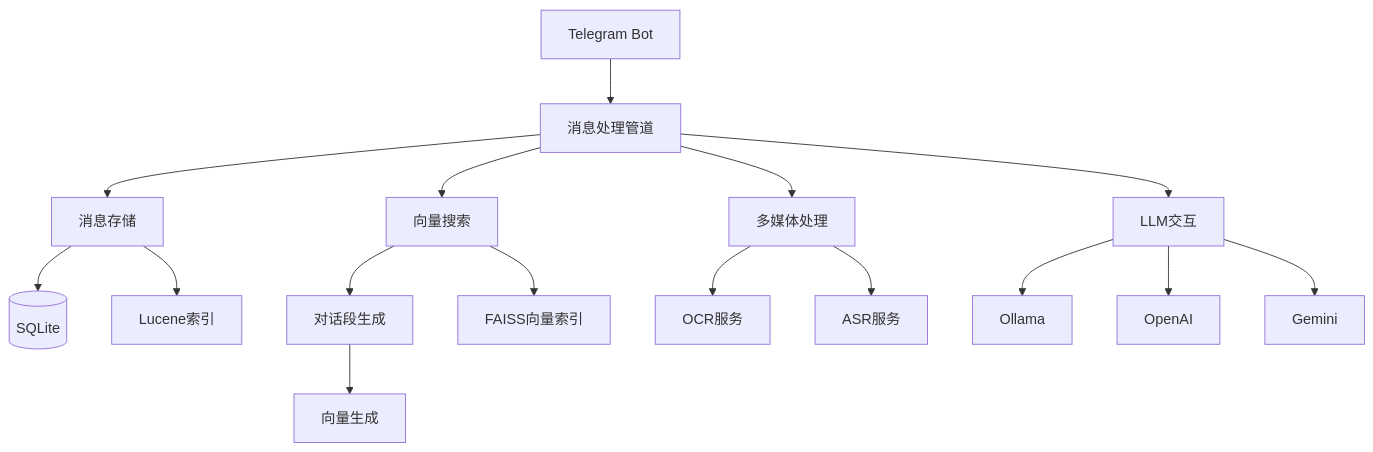
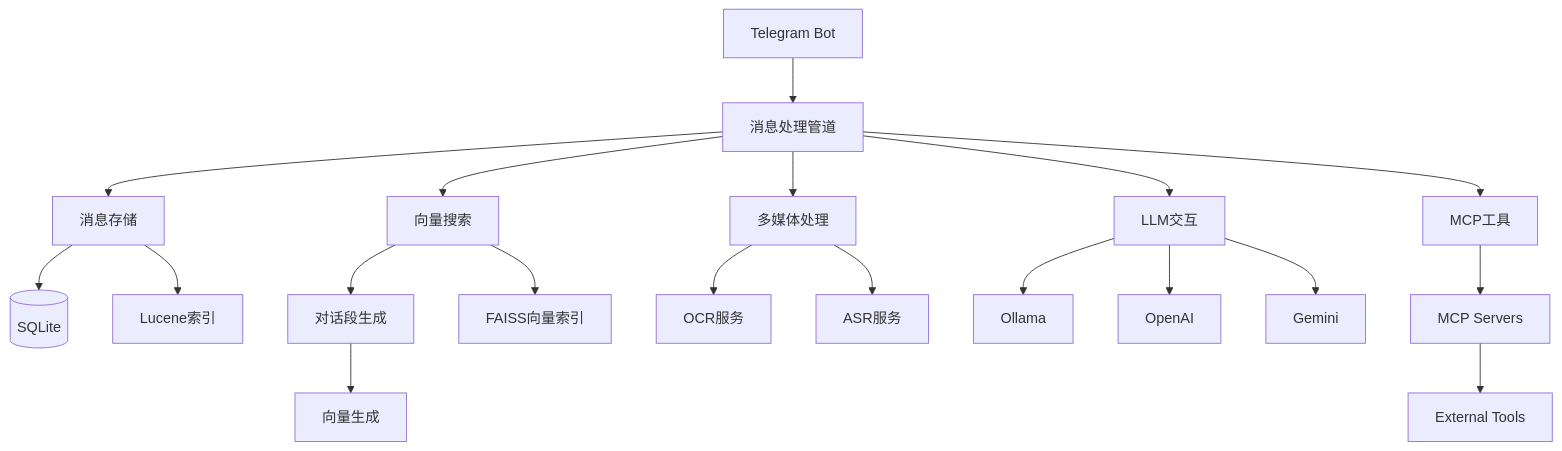
Before and after one commit to ModerRAS/TelegramSearchBot: the diagram in README.md, drawn with Mermaid. The commit also changed other lines of this file and 4 other files, not shown here.

````diff
--- a/README.md
+++ b/README.md
@@ -99,18 +124,21 @@
 ```mermaid
 graph TD
     A[Telegram Bot] --> B[消息处理管道]
     B --> C[消息存储]
     B --> D[多媒体处理]
     B --> E[LLM交互]
     B --> F[向量搜索]
+    B --> Q[MCP工具]
     C --> G[(SQLite)]
     C --> H[Lucene索引]
     F --> I[对话段生成]
     F --> J[FAISS向量索引]
     I --> K[向量生成]
     D --> L[OCR服务]
     D --> M[ASR服务]
     E --> N[Ollama]
     E --> O[OpenAI]
     E --> P[Gemini]
+    Q --> R[MCP Servers]
+    R --> S[External Tools]
 ```
````
